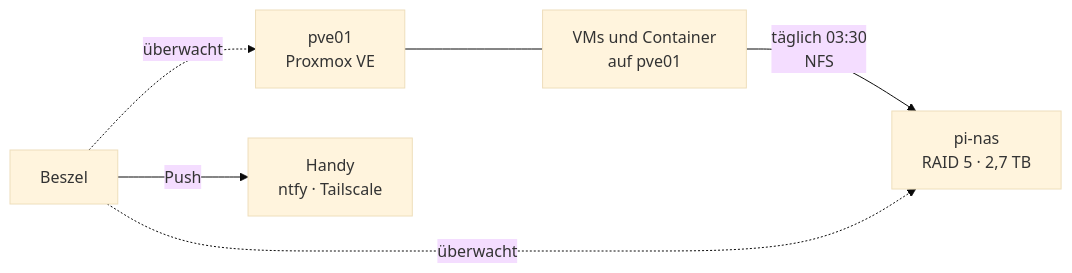
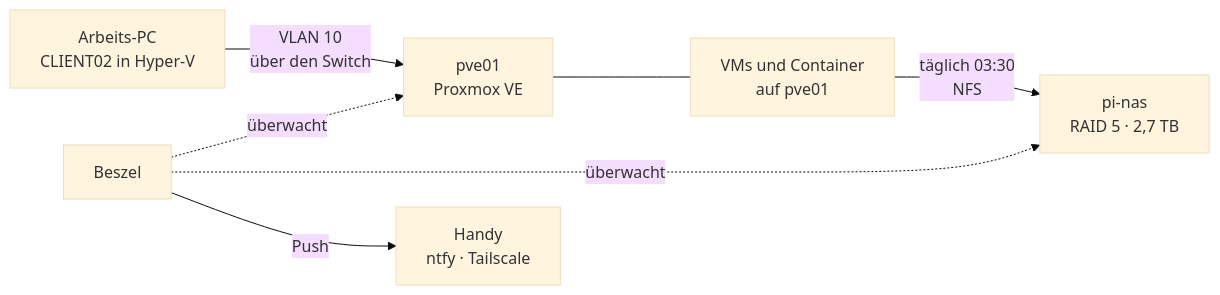
One commit to timooschwarz/homelab changed the diagram in README.md. Above: the diagram before and after it, drawn with Mermaid (base theme). The commit also changed other lines of this file and 3 other files, not shown here.

````diff
--- a/README.md
+++ b/README.md
@@ -190,8 +193,9 @@
 ```mermaid
 flowchart LR
     VM["VMs und Container<br/>auf pve01"] -->|"täglich 03:30<br/>NFS"| NAS["pi-nas<br/>RAID 5 · 2,7 TB"]
     pve01["pve01<br/>Proxmox VE"] --- VM
     Beszel["Beszel"] -.->|überwacht| pve01
     Beszel -.->|überwacht| NAS
     Beszel -->|Push| Handy["Handy<br/>ntfy · Tailscale"]
+    PC["Arbeits-PC<br/>CLIENT02 in Hyper-V"] -->|"VLAN 10<br/>über den Switch"| pve01
 ```
````
